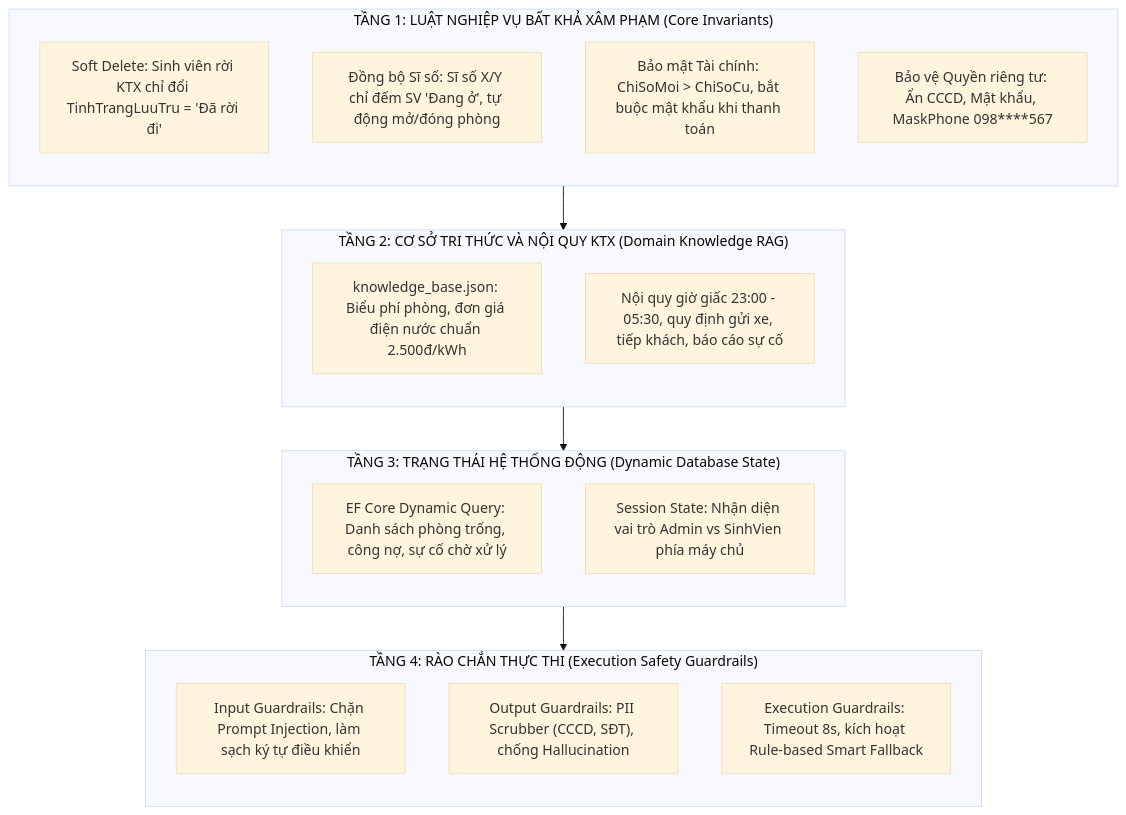
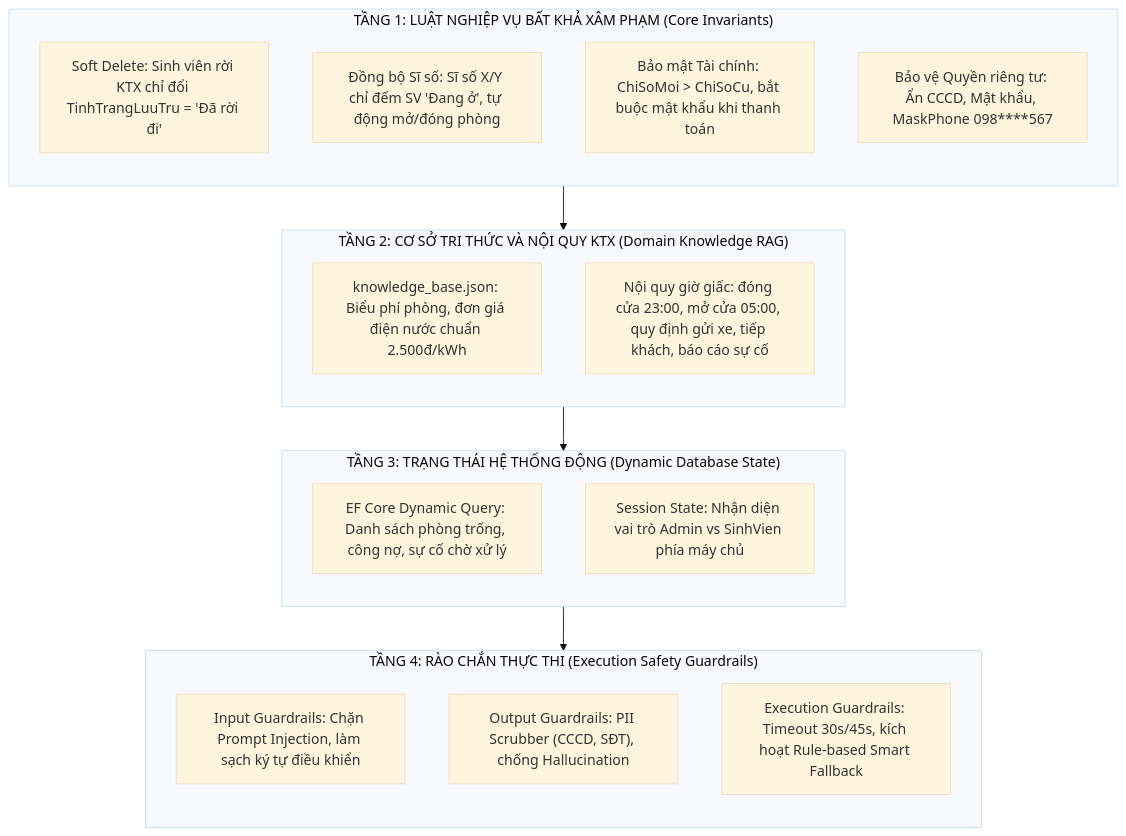
One commit to dtc245010019-alt/domitory-management changed the first of 2 diagrams in AI_AGENT_FACTORY.md. Above: the diagram before and after it, drawn with Mermaid (base theme). The commit also changed other lines of this file and 5 other files, not shown here.

````diff
--- a/AI_AGENT_FACTORY.md
+++ b/AI_AGENT_FACTORY.md
@@ -23,31 +23,31 @@
 ```mermaid
 flowchart TD
     subgraph T1["TẦNG 1: LUẬT NGHIỆP VỤ BẤT KHẢ XÂM PHẠM (Core Invariants)"]
         direction TB
         Inv1["Soft Delete: Sinh viên rời KTX chỉ đổi TinhTrangLuuTru = 'Đã rời đi'"]
         Inv2["Đồng bộ Sĩ số: Sĩ số X/Y chỉ đếm SV 'Đang ở', tự động mở/đóng phòng"]
         Inv3["Bảo mật Tài chính: ChiSoMoi > ChiSoCu, bắt buộc mật khẩu khi thanh toán"]
         Inv4["Bảo vệ Quyền riêng tư: Ẩn CCCD, Mật khẩu, MaskPhone 098****567"]
     end
 
     subgraph T2["TẦNG 2: CƠ SỞ TRI THỨC VÀ NỘI QUY KTX (Domain Knowledge RAG)"]
         direction TB
         RAG1["knowledge_base.json: Biểu phí phòng, đơn giá điện nước chuẩn 2.500đ/kWh"]
-        RAG2["Nội quy giờ giấc 23:00 - 05:30, quy định gửi xe, tiếp khách, báo cáo sự cố"]
+        RAG2["Nội quy giờ giấc: đóng cửa 23:00, mở cửa 05:00, quy định gửi xe, tiếp khách, báo cáo sự cố"]
     end
 
     subgraph T3["TẦNG 3: TRẠNG THÁI HỆ THỐNG ĐỘNG (Dynamic Database State)"]
         direction TB
         DB1["EF Core Dynamic Query: Danh sách phòng trống, công nợ, sự cố chờ xử lý"]
         DB2["Session State: Nhận diện vai trò Admin vs SinhVien phía máy chủ"]
     end
 
     subgraph T4["TẦNG 4: RÀO CHẮN THỰC THI (Execution Safety Guardrails)"]
         direction TB
         G1["Input Guardrails: Chặn Prompt Injection, làm sạch ký tự điều khiển"]
         G2["Output Guardrails: PII Scrubber (CCCD, SĐT), chống Hallucination"]
-        G3["Execution Guardrails: Timeout 8s, kích hoạt Rule-based Smart Fallback"]
+        G3["Execution Guardrails: Timeout 30s/45s, kích hoạt Rule-based Smart Fallback"]
     end
 
     T1 --> T2 --> T3 --> T4
 ```
````
